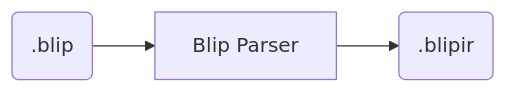
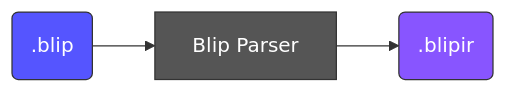
One commit to psysrc/blip changed the first of 3 diagrams in docs/design.md. Above: the diagram before and after it, drawn with Mermaid. The commit also changed other lines of this file, not shown here.

Commit message:
Improved colouring on the design Mermaid diagrams

````diff
--- a/docs/design.md
+++ b/docs/design.md
@@ -15,9 +15,13 @@
 ```mermaid
 flowchart LR
     blip(.blip)
     blipir(.blipir)
     parser[Blip Parser]
 
     blip --> parser
     parser --> blipir
+
+    style blip fill:#55f,color:#fff,stroke:#333
+    style blipir fill:#85f,color:#fff,stroke:#333
+    style parser fill:#555,color:#fff,stroke:#333
 ```
````
